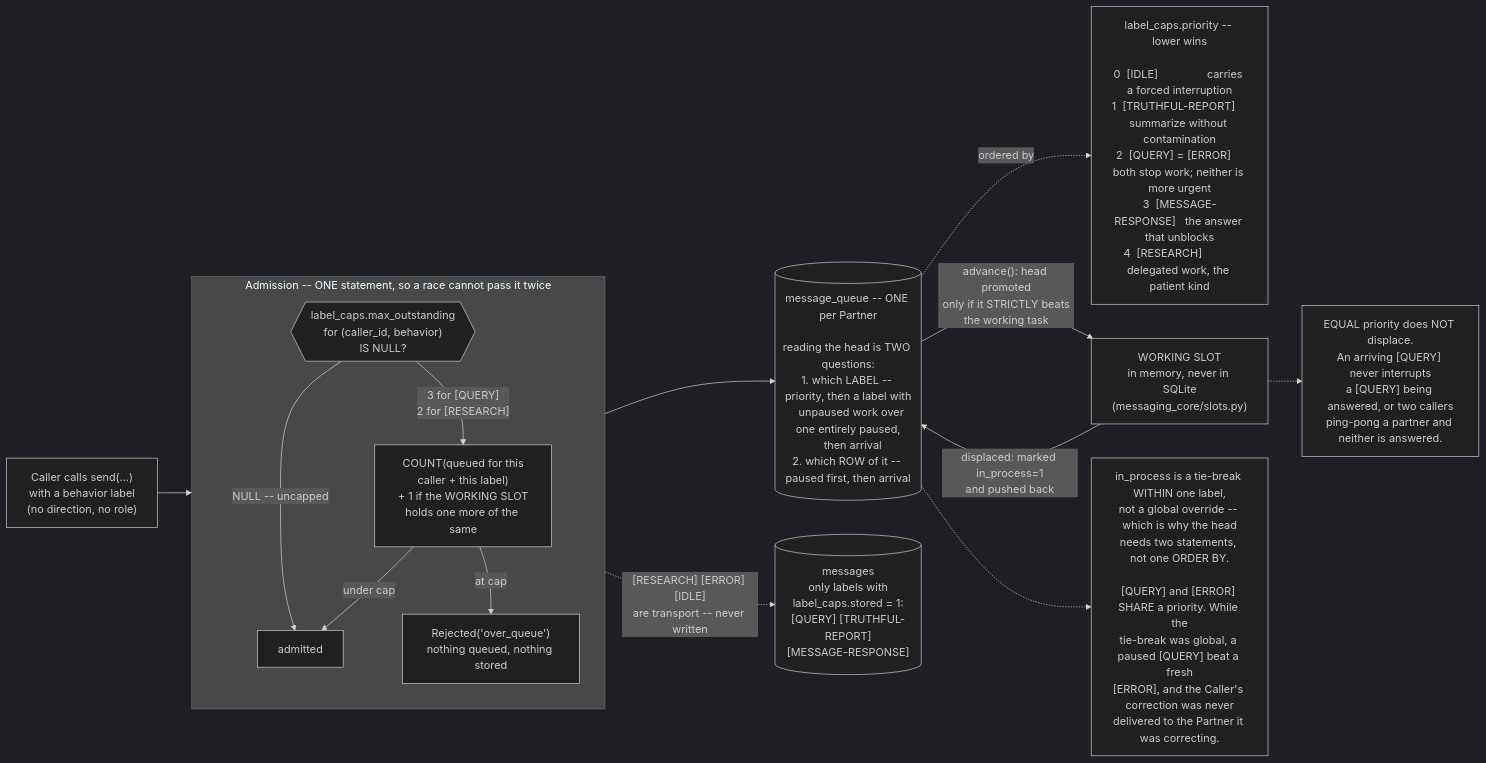
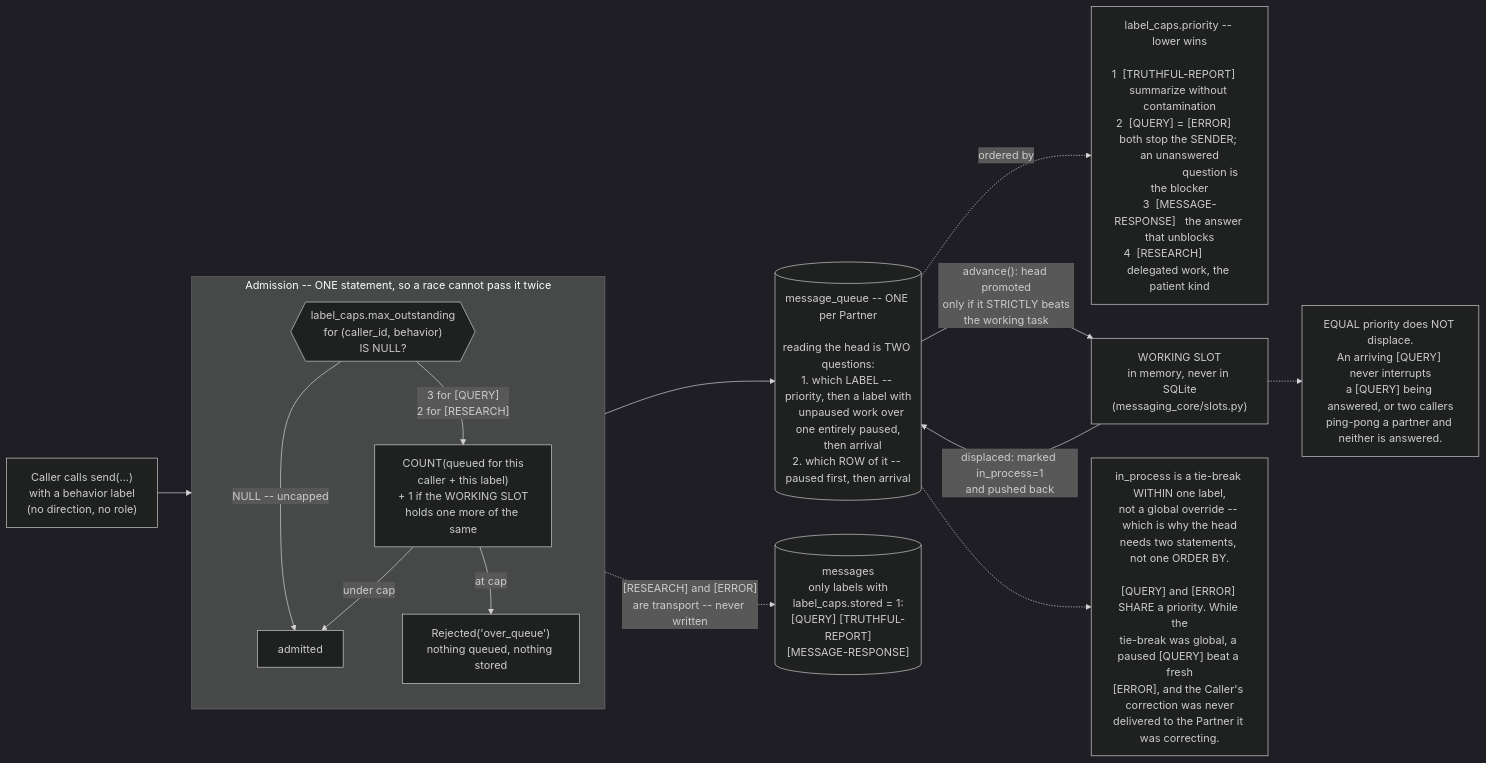
The diagram in visualizations/04-priority-queue.mmd (CSScientist123/agent-messaging-mcp-server), drawn with Mermaid (dark theme) before and after one commit. The commit also changed 33 other files, not shown here.

```diff
--- a/visualizations/04-priority-queue.mmd
+++ b/visualizations/04-priority-queue.mmd
@@ -1,39 +1,39 @@
 %% 04-priority-queue.mmd
 %% One queue per Partner, ordered by priority. Every message is a push; there is no
 %% reply channel and so no routing decision to get wrong.
 flowchart LR
 
     SENDER["Caller calls send(...)\nwith a behavior label\n(no direction, no role)"]
 
     subgraph ADMIT["Admission -- ONE statement, so a race cannot pass it twice"]
         direction TB
         CAP{{"label_caps.max_outstanding\nfor (caller_id, behavior)\nIS NULL?"}}
         COUNT["COUNT(queued for this\ncaller + this label)\n+ 1 if the WORKING SLOT\nholds one more of the same"]
         REJECT["Rejected('over_queue')\nnothing queued, nothing stored"]
         CAP -->|"NULL -- uncapped"| OK["admitted"]
         CAP -->|"3 for [QUERY]\n2 for [RESEARCH]"| COUNT
         COUNT -->|"under cap"| OK
         COUNT -->|"at cap"| REJECT
     end
 
     SENDER --> CAP
 
     Q[("message_queue -- ONE per Partner\n\nreading the head is TWO questions:\n1. which LABEL -- priority, then a label with\n   unpaused work over one entirely paused,\n   then arrival\n2. which ROW of it -- paused first, then arrival")]
     OK --> Q
 
-    PRIO["label_caps.priority -- lower wins\n\n0  [IDLE]                carries a forced interruption\n1  [TRUTHFUL-REPORT]    summarize without contamination\n2  [QUERY] = [ERROR]    both stop work; neither is more urgent\n3  [MESSAGE-RESPONSE]   the answer that unblocks\n4  [RESEARCH]           delegated work, the patient kind"]
+    PRIO["label_caps.priority -- lower wins\n\n1  [TRUTHFUL-REPORT]    summarize without contamination\n2  [QUERY] = [ERROR]    both stop the SENDER; an unanswered\n                     question is the blocker\n3  [MESSAGE-RESPONSE]   the answer that unblocks\n4  [RESEARCH]           delegated work, the patient kind"]
 
     Q -.->|"ordered by"| PRIO
 
     SLOT["WORKING SLOT\nin memory, never in SQLite\n(messaging_core/slots.py)"]
     Q -->|"advance(): head promoted\nonly if it STRICTLY beats\nthe working task"| SLOT
     SLOT -->|"displaced: marked in_process=1\nand pushed back"| Q
 
     TIE["in_process is a tie-break WITHIN one label,\nnot a global override -- which is why the head\nneeds two statements, not one ORDER BY.\n\n[QUERY] and [ERROR] SHARE a priority. While the\ntie-break was global, a paused [QUERY] beat a fresh\n[ERROR], and the Caller's correction was never\ndelivered to the Partner it was correcting."]
     Q -.-> TIE
 
     EQ["EQUAL priority does NOT displace.\nAn arriving [QUERY] never interrupts\na [QUERY] being answered, or two callers\nping-pong a partner and neither is answered."]
     SLOT -.-> EQ
 
     STORE[("messages\nonly labels with\nlabel_caps.stored = 1:\n[QUERY] [TRUTHFUL-REPORT]\n[MESSAGE-RESPONSE]")]
-    OK -.->|"[RESEARCH] [ERROR] [IDLE]\nare transport -- never written"| STORE
+    OK -.->|"[RESEARCH] and [ERROR]\nare transport -- never written"| STORE
```
